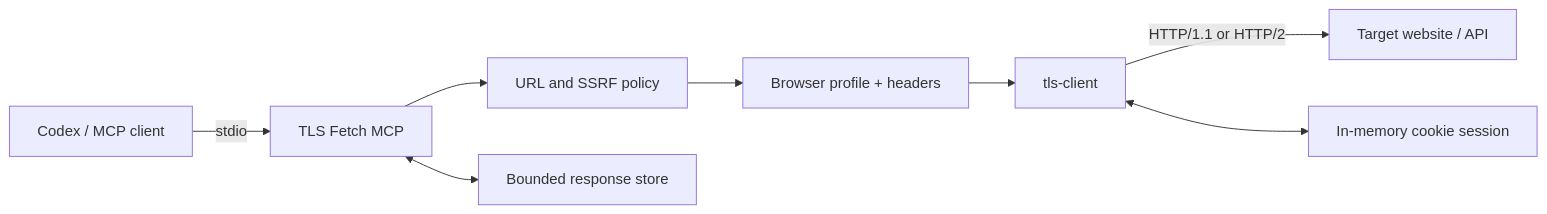
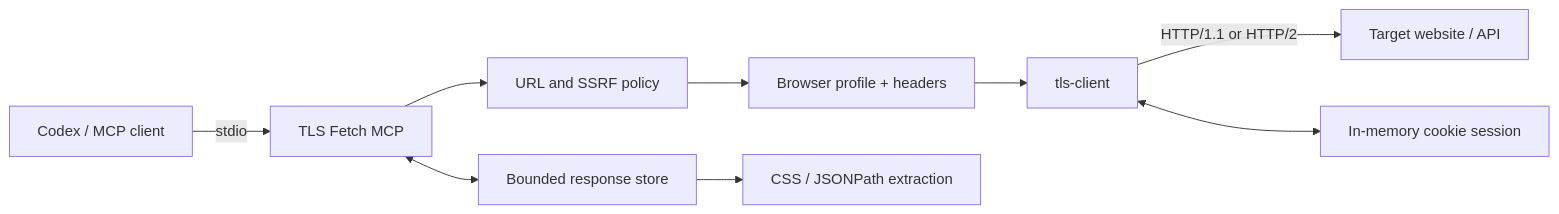
Before and after one commit to JakobAIOdev/tls-fetch-mcp: the diagram in README.md, drawn with Mermaid. The commit also changed other lines of this file and 9 other files, not shown here.

````diff
--- a/README.md
+++ b/README.md
@@ -62,10 +64,11 @@
 ```mermaid
 flowchart LR
     A["Codex / MCP client"] -->|stdio| B["TLS Fetch MCP"]
     B --> C["URL and SSRF policy"]
     C --> D["Browser profile + headers"]
     D --> E["tls-client"]
     E -->|HTTP/1.1 or HTTP/2| F["Target website / API"]
     E <--> G["In-memory cookie session"]
     B <--> H["Bounded response store"]
+    H --> I["CSS / JSONPath extraction"]
 ```
````
